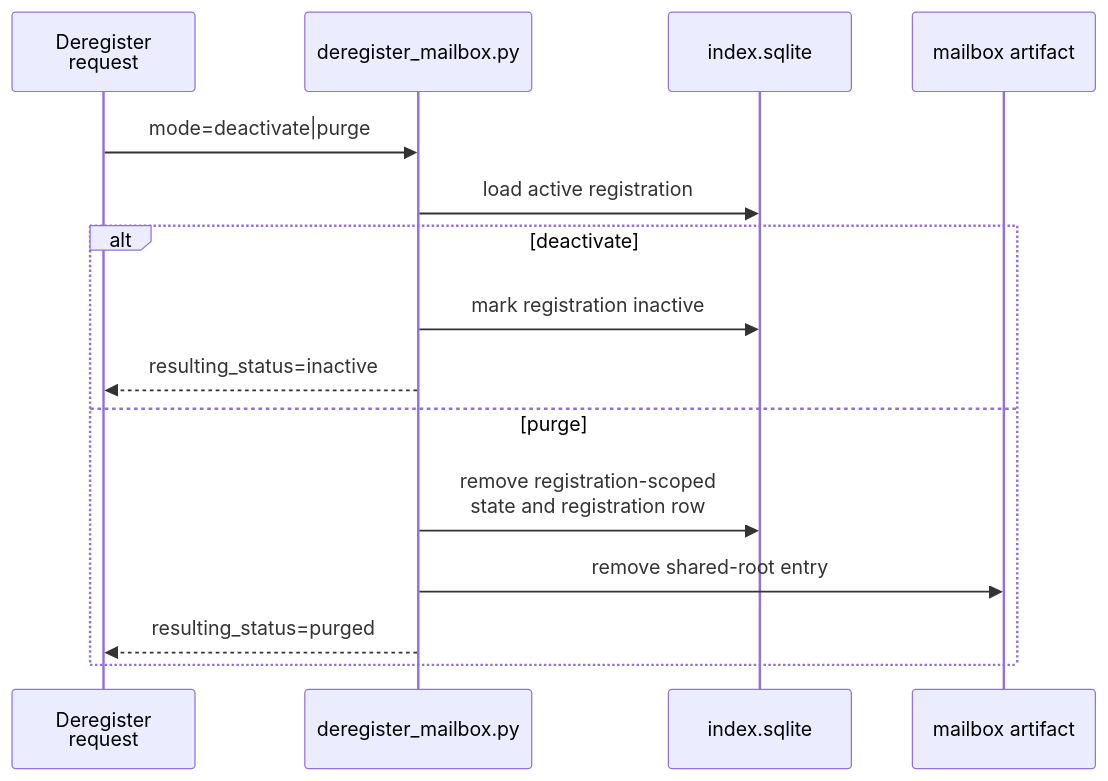
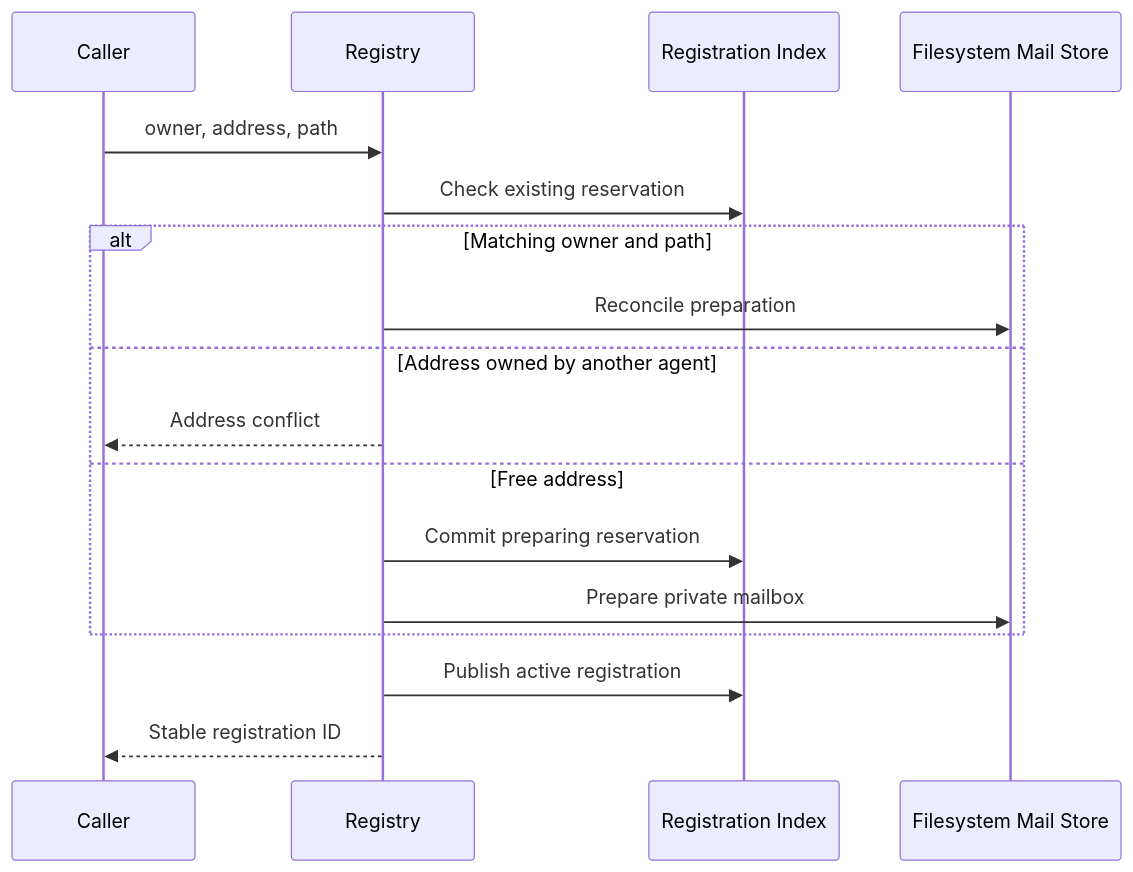
The diagram in docs/reference/mailbox/operations/registration-lifecycle.md (igamenovoer/houmao), drawn with Mermaid before and after one commit. The commit also changed other lines of this file and 252 other files, not shown here.

````diff
--- a/docs/reference/mailbox/operations/registration-lifecycle.md
+++ b/docs/reference/mailbox/operations/registration-lifecycle.md
@@ -86,17 +11,19 @@
 ```mermaid
 sequenceDiagram
-    participant Req as Deregister<br/>request
-    participant Scr as deregister_mailbox.py
-    participant DB as index.sqlite
-    participant Mbx as mailbox artifact
-    Req->>Scr: mode=deactivate|purge
-    Scr->>DB: load active registration
-    alt deactivate
-        Scr->>DB: mark registration inactive
-        Scr-->>Req: resulting_status=inactive
-    else purge
-        Scr->>DB: remove registration-scoped<br/>state and registration row
-        Scr->>Mbx: remove shared-root entry
-        Scr-->>Req: resulting_status=purged
+    participant Caller
+    participant Registry
+    participant Index as Registration Index
+    participant Store as Filesystem Mail Store
+    Caller->>Registry: owner, address, path
+    Registry->>Index: Check existing reservation
+    alt Matching owner and path
+        Registry->>Store: Reconcile preparation
+    else Address owned by another agent
+        Registry-->>Caller: Address conflict
+    else Free address
+        Registry->>Index: Commit preparing reservation
+        Registry->>Store: Prepare private mailbox
     end
+    Registry->>Index: Publish active registration
+    Registry-->>Caller: Stable registration ID
 ```
````
